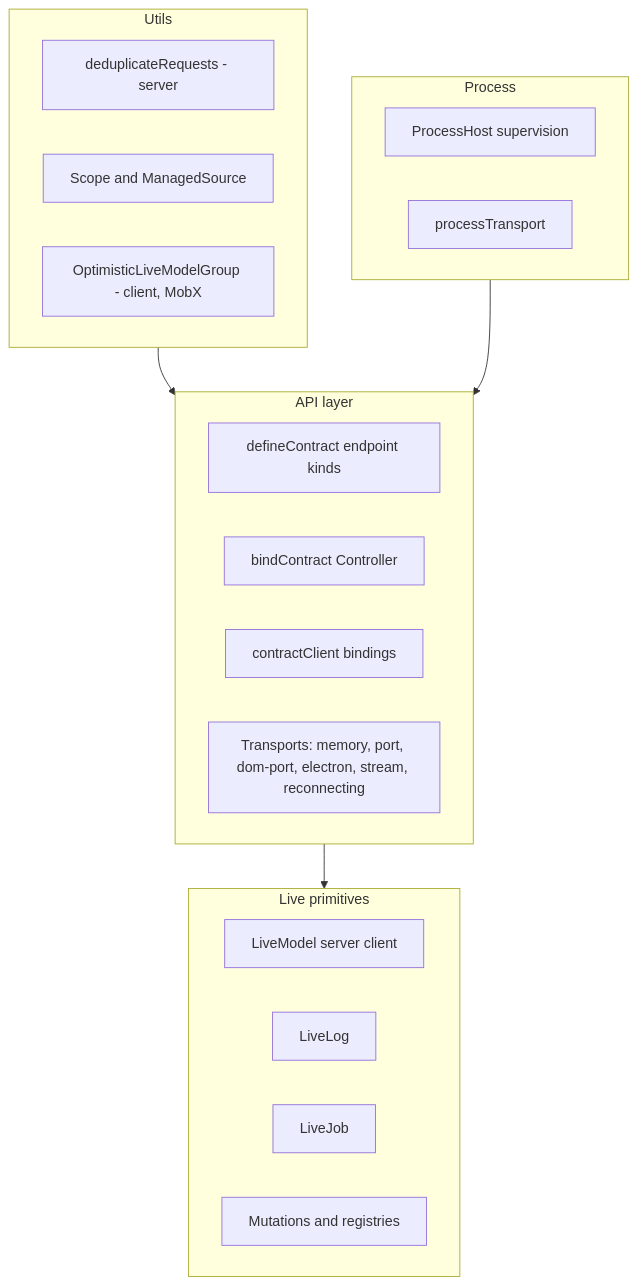
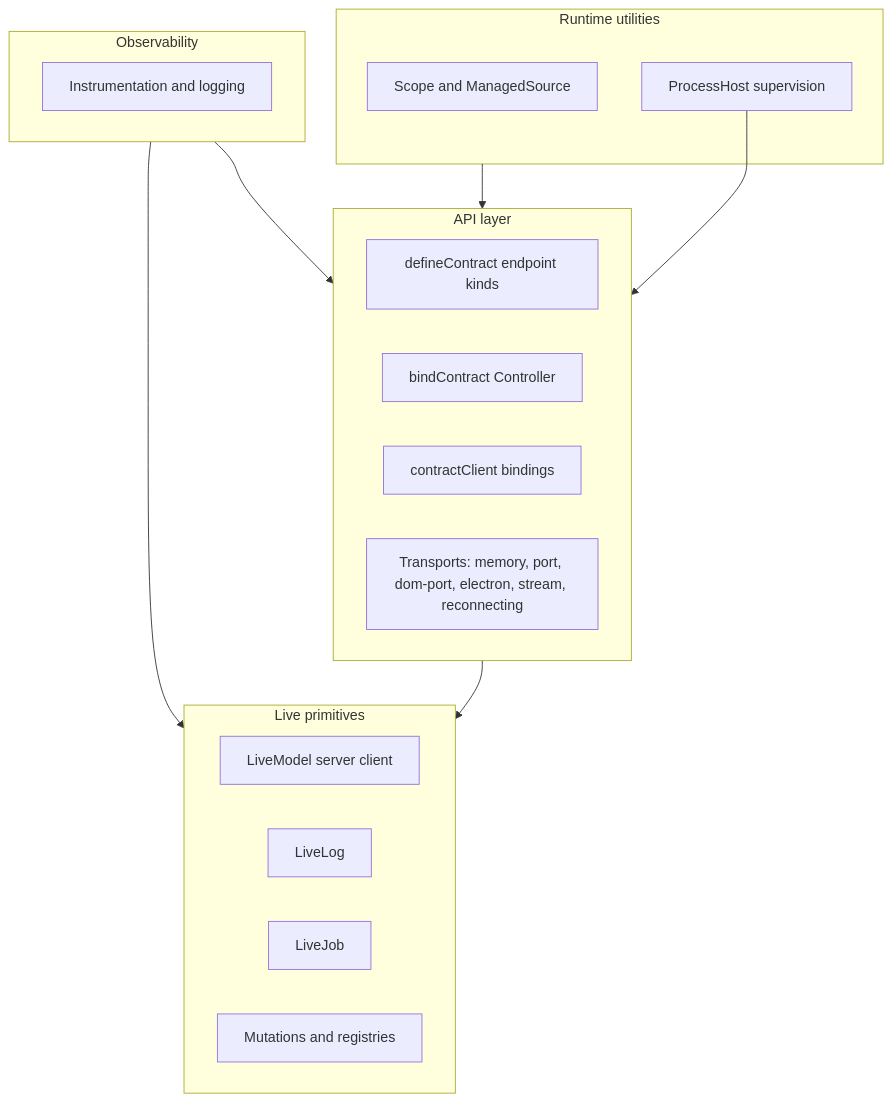
Before and after one commit to luisKisters/emdash: the diagram in packages/wire/docs/README.md, drawn with Mermaid. The commit also changed other lines of this file and 17 other files, not shown here.

````diff
--- a/packages/wire/docs/README.md
+++ b/packages/wire/docs/README.md
@@ -9,26 +9,26 @@
 ```mermaid
 flowchart TB
-  subgraph utils [Utils]
-    dedupe[deduplicateRequests - server]
+  subgraph runtime [Runtime utilities]
     scope[Scope and ManagedSource]
-    optimistic[OptimisticLiveModelGroup - client, MobX]
-  end
-  subgraph process [Process]
     processHost[ProcessHost supervision]
-    processTransport[processTransport]
   end
   subgraph api [API layer]
     contracts[defineContract endpoint kinds]
     bind[bindContract Controller]
     client[contractClient bindings]
     transports[Transports: memory, port, dom-port, electron, stream, reconnecting]
   end
   subgraph live [Live primitives]
     model[LiveModel server client]
     log[LiveLog]
     job[LiveJob]
     mutations[Mutations and registries]
   end
-  utils --> api --> live
-  process --> api
+  subgraph observability [Observability]
+    instrumentation[Instrumentation and logging]
+  end
+  runtime --> api --> live
+  observability --> api
+  observability --> live
+  processHost --> api
 ```
````
